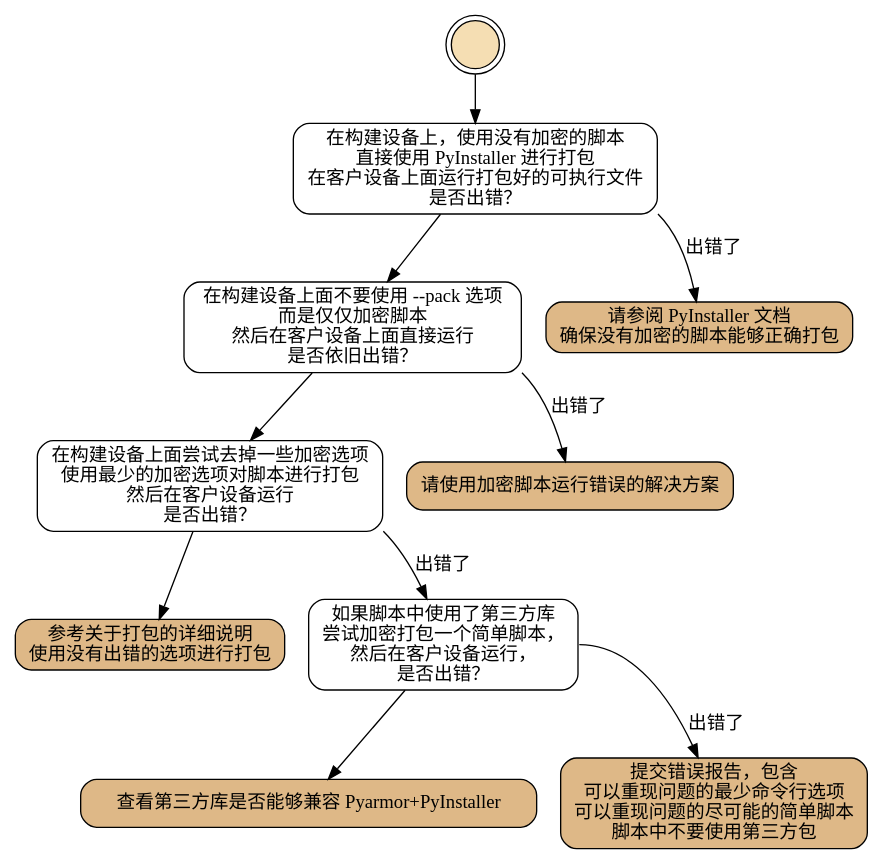
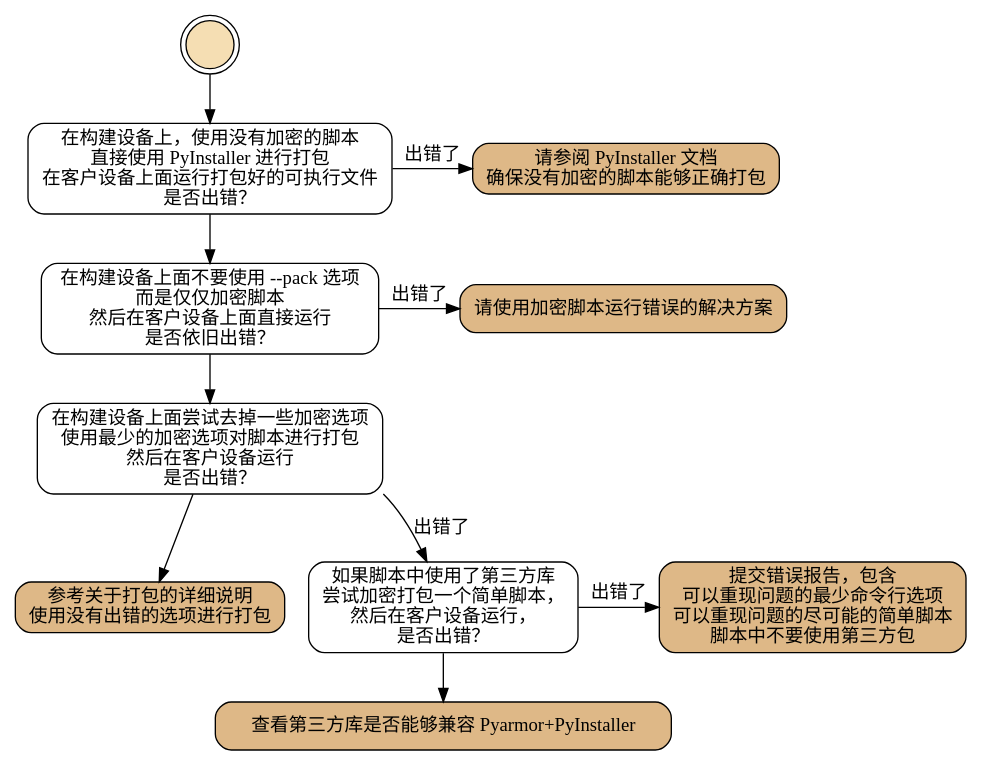
The fifth of 5 diagrams in pyarmor/learn/zh/how-to.rst (dashingsoft/dashingsoft.github.io), drawn with Graphviz before and after one commit. The commit also changed other lines of this file and 1 other file, not shown here.

Commit message:
Refine graph with rand=same

```diff
--- a/pyarmor/learn/zh/how-to.rst
+++ b/pyarmor/learn/zh/how-to.rst
@@ -242,57 +239,55 @@
 .. graphviz::
    :caption: 打包脚本运行问题的解决方案
    :align: center
    :name: graph-run-packed-script-issue
 
    digraph G {
       node [shape=box, style=rounded]
 
       start [shape="doublecircle", label="",
              style="filled", fillcolor="wheat"]
 
       subgraph P0 {
           rankdir="TB"
           style="setlinewidth(0)"
 
           s2 [label="在构建设备上，使用没有加密的脚本\n直接使用 PyInstaller 进行打包\n在客户设备上面运行打包好的可执行文件\n是否出错？"]
           s3 [label="在构建设备上面不要使用 --pack 选项\n而是仅仅加密脚本\n然后在客户设备上面直接运行\n是否依旧出错？"]
           s4 [label="在构建设备上面尝试去掉一些加密选项\n使用最少的加密选项对脚本进行打包\n然后在客户设备运行\n是否出错？"]
           s5 [
             style="filled,rounded",
             fillcolor="burlywood",
             href="https://pyarmor.readthedocs.io/zh/latest/topic/repack.html"
             label="参考关于打包的详细说明\n使用没有出错的选项进行打包"]
           s6 [label="如果脚本中使用了第三方库\n尝试加密打包一个简单脚本，\n然后在客户设备运行，\n是否出错？"]
 
 	  s2 -> s3 -> s4 -> s5
           s4 -> s6 [label="出错了", tailport=se]
       }
 
       subgraph P2 {
           node [
              style="filled,rounded",
              fillcolor="burlywood",
              ]
           n1 [
               href="https://pyinstaller.org/en/stable/usage.html"
               label="请参阅 PyInstaller 文档\n确保没有加密的脚本能够正确打包"]
           n2 [
             href="#run-obfuscated-script-issue"
             label="请使用加密脚本运行错误的解决方案"]
           n3 [
             href="https://pyarmor.readthedocs.io/zh/latest/how-to/third-party.html"
             label="查看第三方库是否能够兼容 Pyarmor+PyInstaller"]
           n4 [
             href="https://github.com/dashingsoft/pyarmor/issues"
             label="提交错误报告，包含\n可以重现问题的最少命令行选项\n可以重现问题的尽可能的简单脚本\n脚本中不要使用第三方包"]
       }
 
       start -> s2
       s6 -> n3
 
-      edge [tailport=se]
-
-      s2 -> n1 [label="出错了"]
-      s3 -> n2 [label="出错了"]
-      s6 -> n4 [label="出错了" tailport=e]
+      rank=same { s2 -> n1 [label="出错了"] }
+      rank=same { s3 -> n2 [label="出错了"] }
+      rank=same { s6 -> n4 [label="出错了"] }
    }
```
